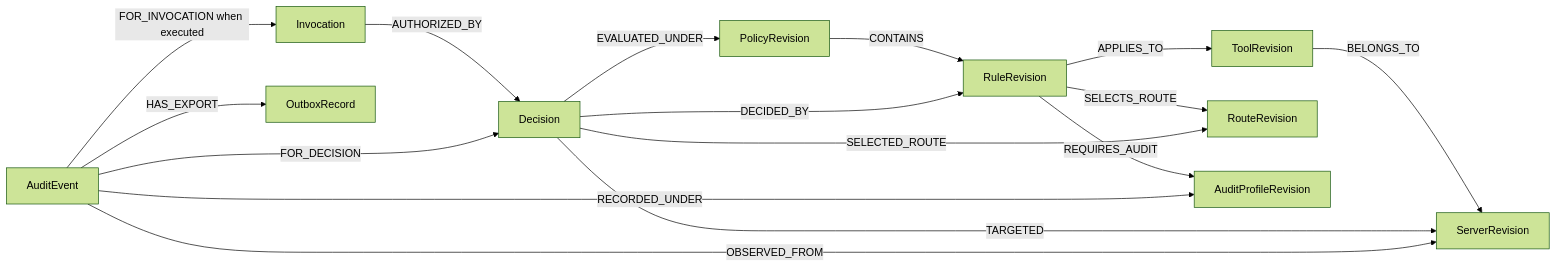
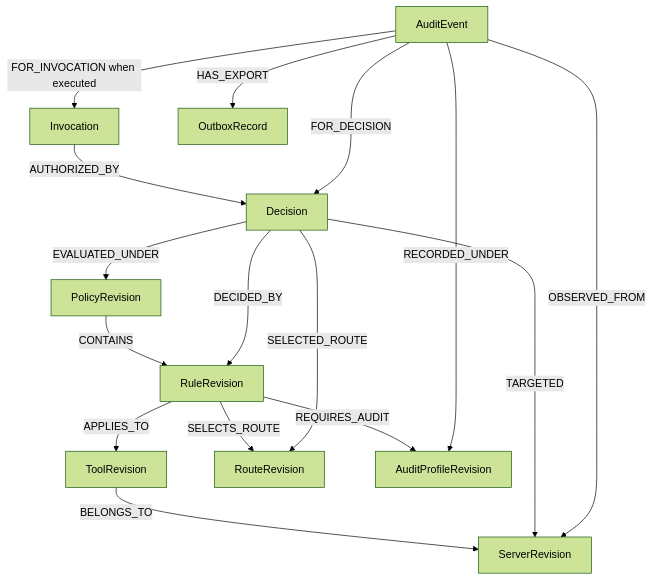
The second of 2 diagrams in architecture.md (ethan03805/Secure-MCP-Gateway), drawn with Mermaid (forest theme) before and after one commit. The commit also changed other lines of this file and 18 other files, not shown here.

First line of the commit message:
Site diagrams fit their page: responsive Mermaid, re-laid-out diagrams, diagram check in CI (#95)

````diff
--- a/architecture.md
+++ b/architecture.md
@@ -111,18 +111,18 @@
 ```mermaid
-flowchart LR
+flowchart TB
   P[PolicyRevision] -->|CONTAINS| R[RuleRevision]
   R -->|APPLIES_TO| T[ToolRevision]
   T -->|BELONGS_TO| S[ServerRevision]
   R -->|SELECTS_ROUTE| X[RouteRevision]
   R -->|REQUIRES_AUDIT| A[AuditProfileRevision]
   D[Decision] -->|EVALUATED_UNDER| P
   D -->|DECIDED_BY| R
   D -->|TARGETED| S
   D -->|SELECTED_ROUTE| X
   V[Invocation] -->|AUTHORIZED_BY| D
   E[AuditEvent] -->|FOR_DECISION| D
   E -->|FOR_INVOCATION when executed| V
   E -->|RECORDED_UNDER| A
   E -->|OBSERVED_FROM| S
   E -->|HAS_EXPORT| O[OutboxRecord]
 ```
````
